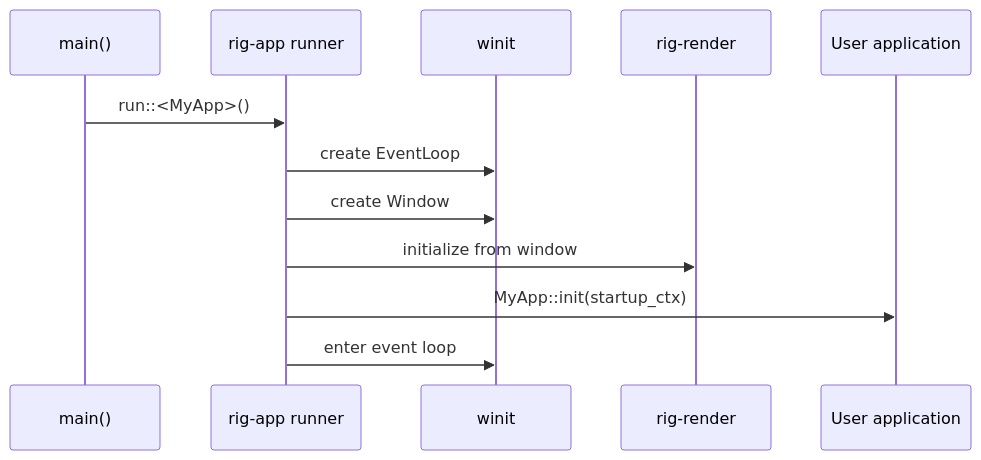
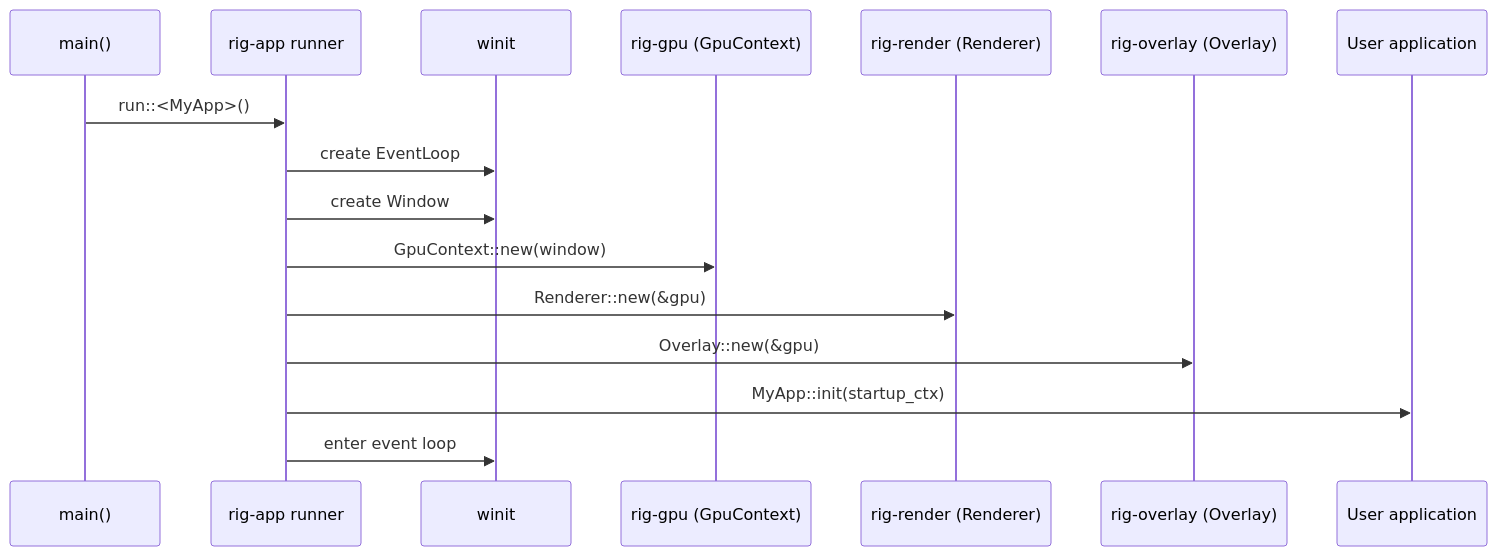
One commit to vansweej/nodemoss changed the first of 3 diagrams in docs/APPLICATION.md. Above: the diagram before and after it, drawn with Mermaid. The commit also changed other lines of this file and 2 other files, not shown here.

First line of the commit message:
docs: update AGENTS.md, ARCHITECTURE.md, APPLICATION.md for milestone 4

````diff
--- a/docs/APPLICATION.md
+++ b/docs/APPLICATION.md
@@ -55,15 +58,19 @@
 ```mermaid
 sequenceDiagram
     participant Main as main()
     participant Runner as rig-app runner
     participant Winit as winit
-    participant Renderer as rig-render
+    participant Gpu as rig-gpu (GpuContext)
+    participant Renderer as rig-render (Renderer)
+    participant Overlay as rig-overlay (Overlay)
     participant App as User application
 
     Main->>Runner: run::<MyApp>()
     Runner->>Winit: create EventLoop
     Runner->>Winit: create Window
-    Runner->>Renderer: initialize from window
+    Runner->>Gpu: GpuContext::new(window)
+    Runner->>Renderer: Renderer::new(&gpu)
+    Runner->>Overlay: Overlay::new(&gpu)
     Runner->>App: MyApp::init(startup_ctx)
     Runner->>Winit: enter event loop
 ```
````
